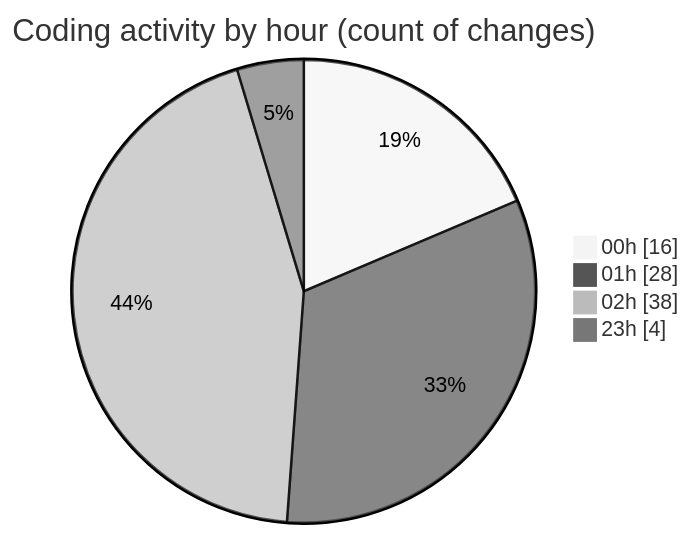
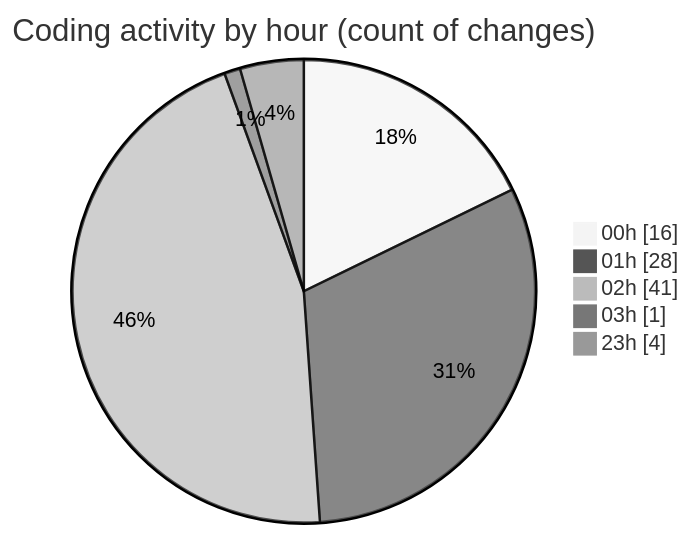
One commit to julien-gomy/code-tracking changed the second of 2 diagrams in 2025-11-23/eventscop-frontend-guide__workspace_/README.md. Above: the diagram before and after it, drawn with Mermaid (neutral theme). The commit also changed other lines of this file and 1 other file, not shown here.

````diff
--- a/2025-11-23/eventscop-frontend-guide__workspace_/README.md
+++ b/2025-11-23/eventscop-frontend-guide__workspace_/README.md
@@ -57,8 +60,9 @@
 ```mermaid
 pie showData
 title Coding activity by hour (count of changes)
 "00h" : 16
 "01h" : 28
-"02h" : 38
+"02h" : 41
+"03h" : 1
 "23h" : 4
 ```
````
